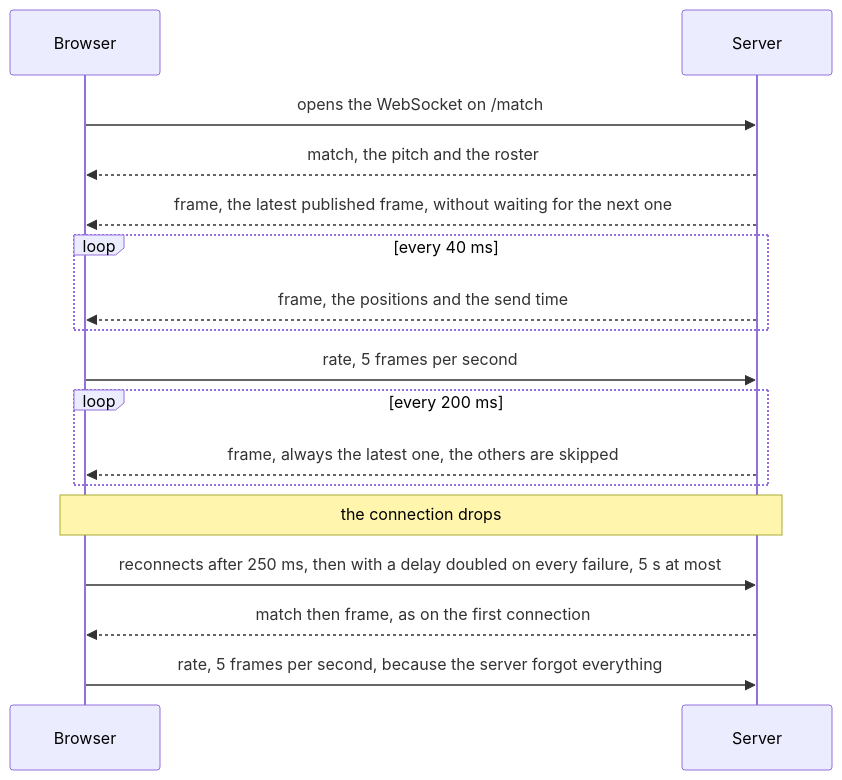
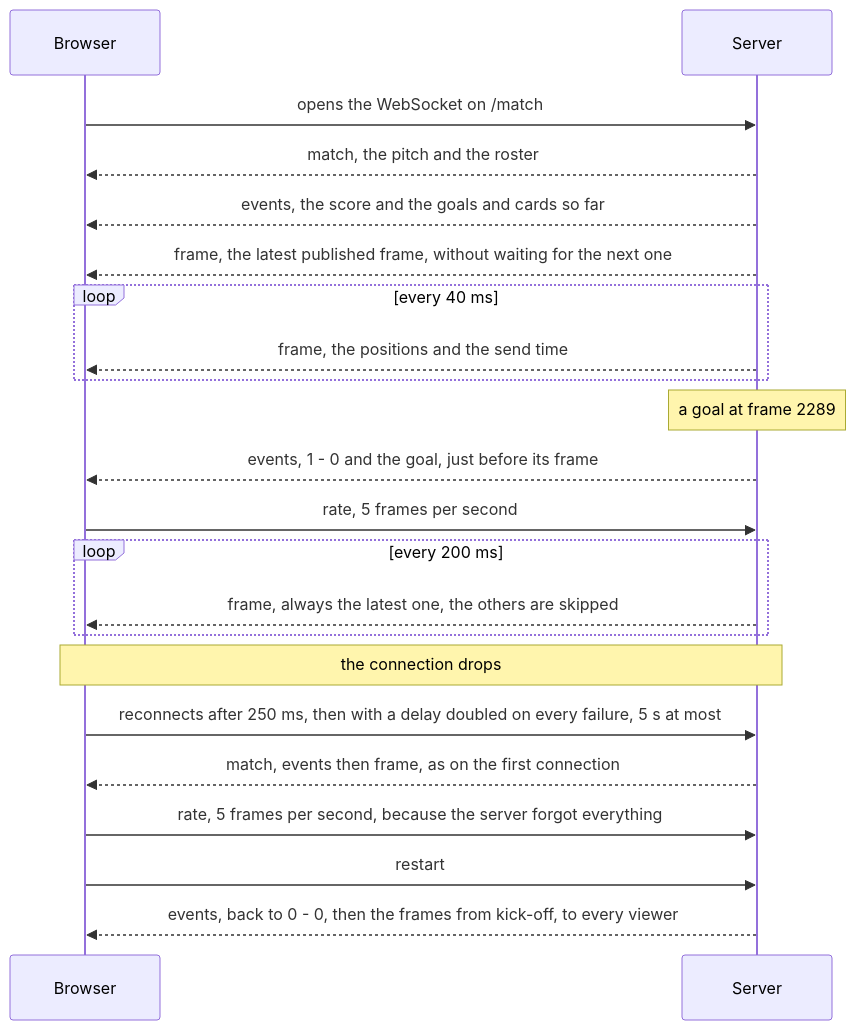
Before and after one commit to baptistemiramont/pitch-live: the first of 2 diagrams in README.md, drawn with Mermaid. The commit also changed other lines of this file, not shown here.

Commit message:
README covers events and restart

````diff
--- a/README.md
+++ b/README.md
@@ -41,20 +46,25 @@
 ```mermaid
 sequenceDiagram
     participant B as Browser
     participant S as Server
 
     B->>S: opens the WebSocket on /match
     S-->>B: match, the pitch and the roster
+    S-->>B: events, the score and the goals and cards so far
     S-->>B: frame, the latest published frame, without waiting for the next one
     loop every 40 ms
         S-->>B: frame, the positions and the send time
     end
+    Note over S: a goal at frame 2289
+    S-->>B: events, 1 - 0 and the goal, just before its frame
     B->>S: rate, 5 frames per second
     loop every 200 ms
         S-->>B: frame, always the latest one, the others are skipped
     end
     Note over B,S: the connection drops
     B->>S: reconnects after 250 ms, then with a delay doubled on every failure, 5 s at most
-    S-->>B: match then frame, as on the first connection
+    S-->>B: match, events then frame, as on the first connection
     B->>S: rate, 5 frames per second, because the server forgot everything
+    B->>S: restart
+    S-->>B: events, back to 0 - 0, then the frames from kick-off, to every viewer
 ```
````
